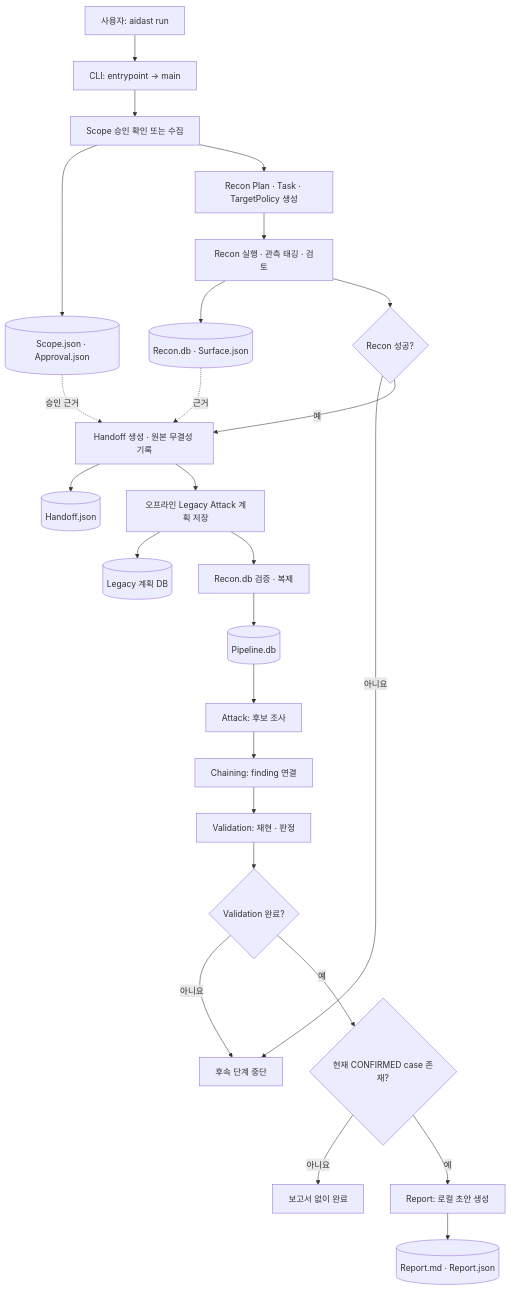
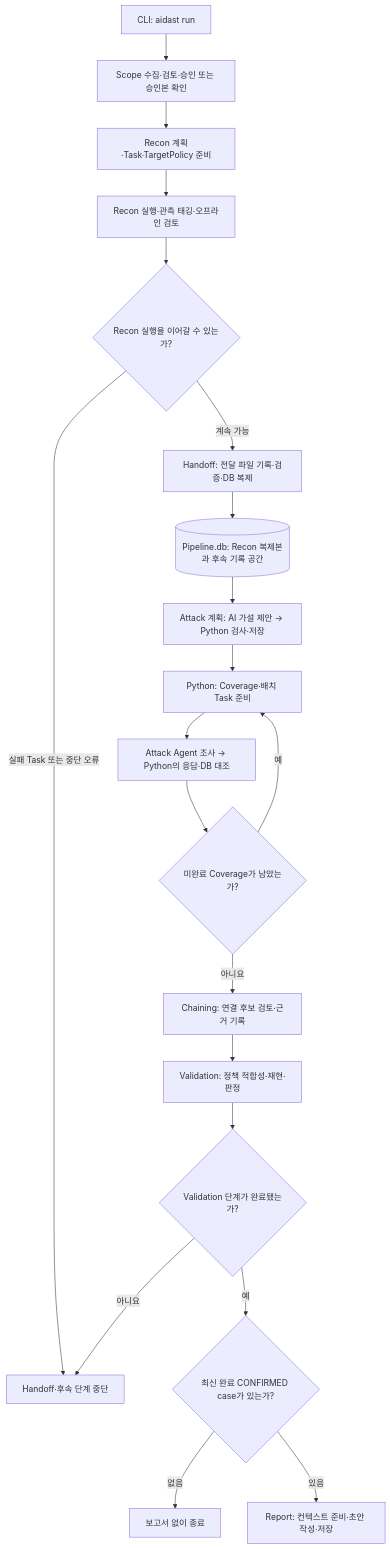
One commit to Oyeonseok/WHS4_DAST_Project changed the diagram in docs/wiki/pipeline-map.md. Above: the diagram before and after it, drawn with Mermaid. The commit also changed other lines of this file and 15 other files, not shown here.

````diff
--- a/docs/wiki/pipeline-map.md
+++ b/docs/wiki/pipeline-map.md
@@ -5,28 +7,22 @@
 ```mermaid
 flowchart TD
-    U[사용자: aidast run] --> CLI[CLI: entrypoint → main]
-    CLI --> S[Scope 승인 확인 또는 수집]
-    S --> SA[(Scope.json · Approval.json)]
-    S --> P[Recon Plan · Task · TargetPolicy 생성]
-    P --> RE[Recon 실행 · 관측 태깅 · 검토]
-    RE --> RD[(Recon.db · Surface.json)]
-    RE --> RG{Recon 성공?}
-    RG -- 아니요 --> STOP[후속 단계 중단]
-    RG -- 예 --> H[Handoff 생성 · 원본 무결성 기록]
-    RD -. 근거 .-> H
-    SA -. 승인 근거 .-> H
-    H --> HM[(Handoff.json)]
-    H --> LP[오프라인 Legacy Attack 계획 저장]
-    LP --> LD[(Legacy 계획 DB)]
-    LP --> M[Recon.db 검증 · 복제]
-    M --> PD[(Pipeline.db)]
-    PD --> A[Attack: 후보 조사]
-    A --> C[Chaining: finding 연결]
-    C --> V[Validation: 재현 · 판정]
-    V --> VG{Validation 완료?}
-    VG -- 아니요 --> STOP
-    VG -- 예 --> RC{현재 CONFIRMED case 존재?}
-    RC -- 아니요 --> END[보고서 없이 완료]
-    RC -- 예 --> R[Report: 로컬 초안 생성]
-    R --> OUT[(Report.md · Report.json)]
+    U["CLI: aidast run"] --> S["Scope 수집·검토·승인 또는 승인본 확인"]
+    S --> P["Recon 계획·Task·TargetPolicy 준비"]
+    P --> RE["Recon 실행·관측 태깅·오프라인 검토"]
+    RE --> RG{"Recon 실행을 이어갈 수 있는가?"}
+    RG -- "실패 Task 또는 중단 오류" --> STOP["Handoff·후속 단계 중단"]
+    RG -- "계속 가능" --> H["Handoff: 전달 파일 기록·검증·DB 복제"]
+    H --> PD[("Pipeline.db: Recon 복제본과 후속 기록 공간")]
+    PD --> AP["Attack 계획: AI 가설 제안 → Python 검사·저장"]
+    AP --> AT["Python: Coverage·배치 Task 준비"]
+    AT --> AX["Attack Agent 조사 → Python의 응답·DB 대조"]
+    AX --> AG{"미완료 Coverage가 남았는가?"}
+    AG -- "예" --> AT
+    AG -- "아니요" --> C["Chaining: 연결 후보 검토·근거 기록"]
+    C --> V["Validation: 정책 적합성·재현·판정"]
+    V --> VG{"Validation 단계가 완료됐는가?"}
+    VG -- "아니요" --> STOP
+    VG -- "예" --> RC{"최신 완료 CONFIRMED case가 있는가?"}
+    RC -- "없음" --> END["보고서 없이 종료"]
+    RC -- "있음" --> R["Report: 컨텍스트 준비·초안 작성·저장"]
 ```
````
